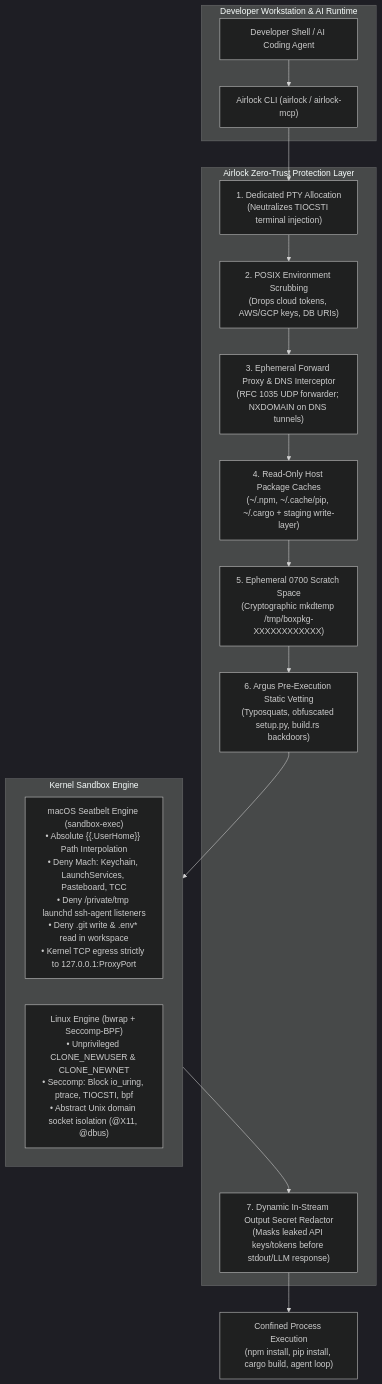
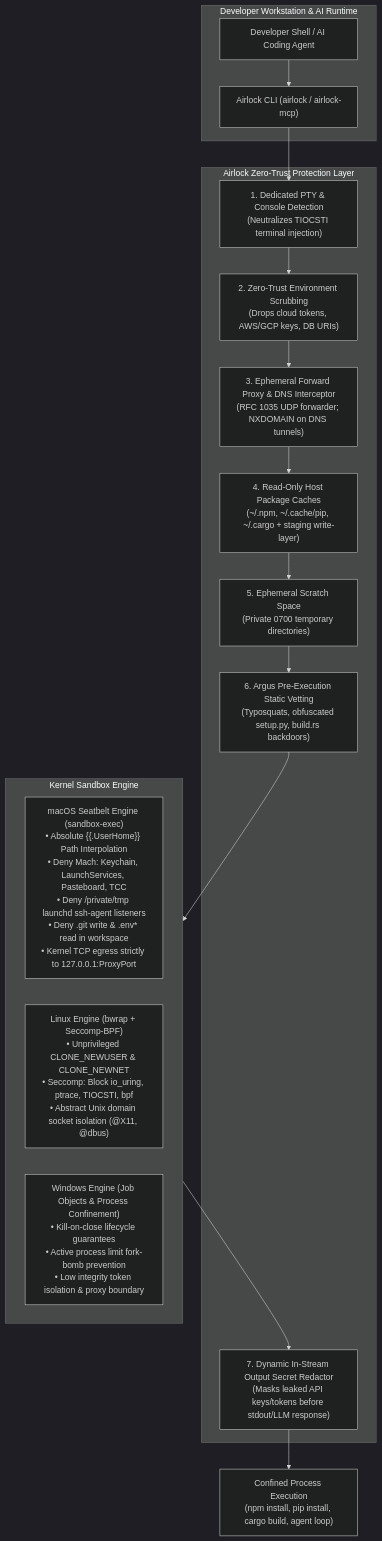
Before and after one commit to bonjoski/airlock: the first of 2 diagrams in README.md, drawn with Mermaid (dark theme). The commit also changed other lines of this file and 14 other files, not shown here.

Commit message:
feat(windows): add native Windows support, Job Object confinement, .cmd shims, and CI matrix

````diff
--- a/README.md
+++ b/README.md
@@ -44,28 +44,29 @@
 ```mermaid
 flowchart TD
     subgraph Host["Developer Workstation & AI Runtime"]
         User["Developer Shell / AI Coding Agent"]
         CLI["Airlock CLI (airlock / airlock-mcp)"]
     end
 
     subgraph DefenseLayer["Airlock Zero-Trust Protection Layer"]
-        PTY["1. Dedicated PTY Allocation<br/>(Neutralizes TIOCSTI terminal injection)"]
-        ENV["2. POSIX Environment Scrubbing<br/>(Drops cloud tokens, AWS/GCP keys, DB URIs)"]
+        PTY["1. Dedicated PTY & Console Detection<br/>(Neutralizes TIOCSTI terminal injection)"]
+        ENV["2. Zero-Trust Environment Scrubbing<br/>(Drops cloud tokens, AWS/GCP keys, DB URIs)"]
         PROXY["3. Ephemeral Forward Proxy & DNS Interceptor<br/>(RFC 1035 UDP forwarder; NXDOMAIN on DNS tunnels)"]
         CACHE["4. Read-Only Host Package Caches<br/>(~/.npm, ~/.cache/pip, ~/.cargo + staging write-layer)"]
-        SCRATCH["5. Ephemeral 0700 Scratch Space<br/>(Cryptographic mkdtemp /tmp/boxpkg-XXXXXXXXXXXX)"]
+        SCRATCH["5. Ephemeral Scratch Space<br/>(Private 0700 temporary directories)"]
         ARGUS["6. Argus Pre-Execution Static Vetting<br/>(Typosquats, obfuscated setup.py, build.rs backdoors)"]
         REDACT["7. Dynamic In-Stream Output Secret Redactor<br/>(Masks leaked API keys/tokens before stdout/LLM response)"]
     end
 
     subgraph OSKernel["Kernel Sandbox Engine"]
         DARWIN["macOS Seatbelt Engine (sandbox-exec)<br/>• Absolute {{.UserHome}} Path Interpolation<br/>• Deny Mach: Keychain, LaunchServices, Pasteboard, TCC<br/>• Deny /private/tmp launchd ssh-agent listeners<br/>• Deny .git write & .env* read in workspace<br/>• Kernel TCP egress strictly to 127.0.0.1:ProxyPort"]
         LINUX["Linux Engine (bwrap + Seccomp-BPF)<br/>• Unprivileged CLONE_NEWUSER & CLONE_NEWNET<br/>• Seccomp: Block io_uring, ptrace, TIOCSTI, bpf<br/>• Abstract Unix domain socket isolation (@X11, @dbus)"]
+        WINDOWS["Windows Engine (Job Objects & Process Confinement)<br/>• Kill-on-close lifecycle guarantees<br/>• Active process limit fork-bomb prevention<br/>• Low integrity token isolation & proxy boundary"]
     end
 
     User --> CLI
     CLI --> PTY --> ENV --> PROXY --> CACHE --> SCRATCH --> ARGUS
     ARGUS --> OSKernel
     OSKernel --> REDACT
     REDACT --> Target["Confined Process Execution<br/>(npm install, pip install, cargo build, agent loop)"]
 ```
````
